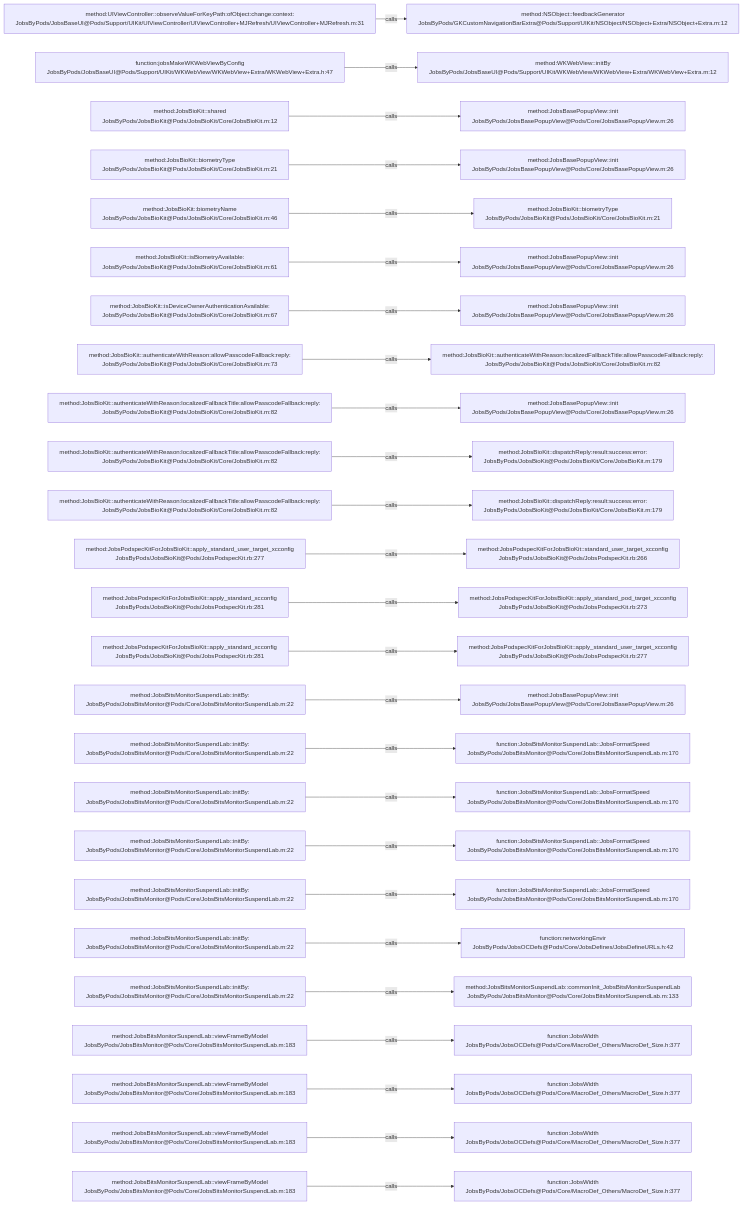
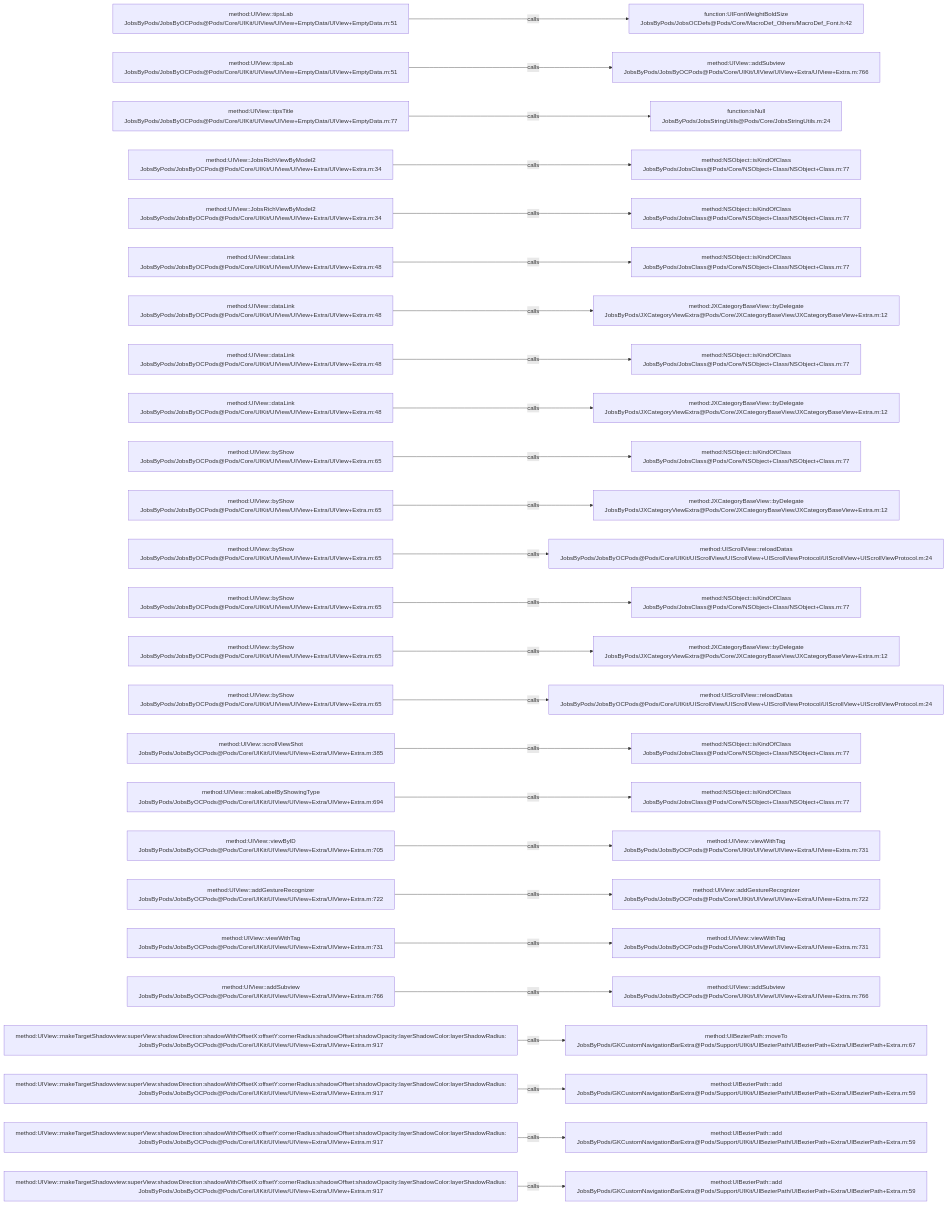
Before and after one commit to JobsKits/JobsOCBaseConfigDemo: the diagram in .codegraph/codegraph.md/graphs/calls-065.md, drawn with Mermaid. The commit also changed 1026 other files, not shown here.

````diff
--- a/.codegraph/codegraph.md/graphs/calls-065.md
+++ b/.codegraph/codegraph.md/graphs/calls-065.md
@@ -13,78 +13,78 @@
 ```mermaid
 flowchart LR
-  S1["method:UIViewController::observeValueForKeyPath:ofObject:change:context:<br/>JobsByPods/JobsBaseUI@Pods/Support/UIKit/UIViewController/UIViewController+MJRefresh/UIViewController+MJRefresh.m:31"]
-  T1["method:NSObject::feedbackGenerator<br/>JobsByPods/GKCustomNavigationBarExtra@Pods/Support/UIKit/NSObject/NSObject+Extra/NSObject+Extra.m:12"]
+  S1["method:UIView::tipsLab<br/>JobsByPods/JobsByOCPods@Pods/Core/UIKit/UIView/UIView+EmptyData/UIView+EmptyData.m:51"]
+  T1["function:UIFontWeightBoldSize<br/>JobsByPods/JobsOCDefs@Pods/Core/MacroDef_Others/MacroDef_Font.h:42"]
   S1 -->|calls| T1
-  S2["function:jobsMakeWKWebViewByConfig<br/>JobsByPods/JobsBaseUI@Pods/Support/UIKit/WKWebView/WKWebView+Extra/WKWebView+Extra.h:47"]
-  T2["method:WKWebView::initBy<br/>JobsByPods/JobsBaseUI@Pods/Support/UIKit/WKWebView/WKWebView+Extra/WKWebView+Extra.m:12"]
+  S2["method:UIView::tipsLab<br/>JobsByPods/JobsByOCPods@Pods/Core/UIKit/UIView/UIView+EmptyData/UIView+EmptyData.m:51"]
+  T2["method:UIView::addSubview<br/>JobsByPods/JobsByOCPods@Pods/Core/UIKit/UIView/UIView+Extra/UIView+Extra.m:766"]
   S2 -->|calls| T2
-  S3["method:JobsBioKit::shared<br/>JobsByPods/JobsBioKit@Pods/JobsBioKit/Core/JobsBioKit.m:12"]
-  T3["method:JobsBasePopupView::init<br/>JobsByPods/JobsBasePopupView@Pods/Core/JobsBasePopupView.m:26"]
+  S3["method:UIView::tipsTitle<br/>JobsByPods/JobsByOCPods@Pods/Core/UIKit/UIView/UIView+EmptyData/UIView+EmptyData.m:77"]
+  T3["function:isNull<br/>JobsByPods/JobsStringUtils@Pods/Core/JobsStringUtils.m:24"]
   S3 -->|calls| T3
-  S4["method:JobsBioKit::biometryType<br/>JobsByPods/JobsBioKit@Pods/JobsBioKit/Core/JobsBioKit.m:21"]
-  T4["method:JobsBasePopupView::init<br/>JobsByPods/JobsBasePopupView@Pods/Core/JobsBasePopupView.m:26"]
+  S4["method:UIView::JobsRichViewByModel2<br/>JobsByPods/JobsByOCPods@Pods/Core/UIKit/UIView/UIView+Extra/UIView+Extra.m:34"]
+  T4["method:NSObject::isKindOfClass<br/>JobsByPods/JobsClass@Pods/Core/NSObject+Class/NSObject+Class.m:77"]
   S4 -->|calls| T4
-  S5["method:JobsBioKit::biometryName<br/>JobsByPods/JobsBioKit@Pods/JobsBioKit/Core/JobsBioKit.m:46"]
-  T5["method:JobsBioKit::biometryType<br/>JobsByPods/JobsBioKit@Pods/JobsBioKit/Core/JobsBioKit.m:21"]
+  S5["method:UIView::JobsRichViewByModel2<br/>JobsByPods/JobsByOCPods@Pods/Core/UIKit/UIView/UIView+Extra/UIView+Extra.m:34"]
+  T5["method:NSObject::isKindOfClass<br/>JobsByPods/JobsClass@Pods/Core/NSObject+Class/NSObject+Class.m:77"]
   S5 -->|calls| T5
-  S6["method:JobsBioKit::isBiometryAvailable:<br/>JobsByPods/JobsBioKit@Pods/JobsBioKit/Core/JobsBioKit.m:61"]
-  T6["method:JobsBasePopupView::init<br/>JobsByPods/JobsBasePopupView@Pods/Core/JobsBasePopupView.m:26"]
+  S6["method:UIView::dataLink<br/>JobsByPods/JobsByOCPods@Pods/Core/UIKit/UIView/UIView+Extra/UIView+Extra.m:48"]
+  T6["method:NSObject::isKindOfClass<br/>JobsByPods/JobsClass@Pods/Core/NSObject+Class/NSObject+Class.m:77"]
   S6 -->|calls| T6
-  S7["method:JobsBioKit::isDeviceOwnerAuthenticationAvailable:<br/>JobsByPods/JobsBioKit@Pods/JobsBioKit/Core/JobsBioKit.m:67"]
-  T7["method:JobsBasePopupView::init<br/>JobsByPods/JobsBasePopupView@Pods/Core/JobsBasePopupView.m:26"]
+  S7["method:UIView::dataLink<br/>JobsByPods/JobsByOCPods@Pods/Core/UIKit/UIView/UIView+Extra/UIView+Extra.m:48"]
+  T7["method:JXCategoryBaseView::byDelegate<br/>JobsByPods/JXCategoryViewExtra@Pods/Core/JXCategoryBaseView/JXCategoryBaseView+Extra.m:12"]
   S7 -->|calls| T7
-  S8["method:JobsBioKit::authenticateWithReason:allowPasscodeFallback:reply:<br/>JobsByPods/JobsBioKit@Pods/JobsBioKit/Core/JobsBioKit.m:73"]
-  T8["method:JobsBioKit::authenticateWithReason:localizedFallbackTitle:allowPasscodeFallback:reply:<br/>JobsByPods/JobsBioKit@Pods/JobsBioKit/Core/JobsBioKit.m:82"]
+  S8["method:UIView::dataLink<br/>JobsByPods/JobsByOCPods@Pods/Core/UIKit/UIView/UIView+Extra/UIView+Extra.m:48"]
+  T8["method:NSObject::isKindOfClass<br/>JobsByPods/JobsClass@Pods/Core/NSObject+Class/NSObject+Class.m:77"]
   S8 -->|calls| T8
-  S9["method:JobsBioKit::authenticateWithReason:localizedFallbackTitle:allowPasscodeFallback:reply:<br/>JobsByPods/JobsBioKit@Pods/JobsBioKit/Core/JobsBioKit.m:82"]
-  T9["method:JobsBasePopupView::init<br/>JobsByPods/JobsBasePopupView@Pods/Core/JobsBasePopupView.m:26"]
+  S9["method:UIView::dataLink<br/>JobsByPods/JobsByOCPods@Pods/Core/UIKit/UIView/UIView+Extra/UIView+Extra.m:48"]
+  T9["method:JXCategoryBaseView::byDelegate<br/>JobsByPods/JXCategoryViewExtra@Pods/Core/JXCategoryBaseView/JXCategoryBaseView+Extra.m:12"]
   S9 -->|calls| T9
-  S10["method:JobsBioKit::authenticateWithReason:localizedFallbackTitle:allowPasscodeFallback:reply:<br/>JobsByPods/JobsBioKit@Pods/JobsBioKit/Core/JobsBioKit.m:82"]
-  T10["method:JobsBioKit::dispatchReply:result:success:error:<br/>JobsByPods/JobsBioKit@Pods/JobsBioKit/Core/JobsBioKit.m:179"]
+  S10["method:UIView::byShow<br/>JobsByPods/JobsByOCPods@Pods/Core/UIKit/UIView/UIView+Extra/UIView+Extra.m:65"]
+  T10["method:NSObject::isKindOfClass<br/>JobsByPods/JobsClass@Pods/Core/NSObject+Class/NSObject+Class.m:77"]
   S10 -->|calls| T10
-  S11["method:JobsBioKit::authenticateWithReason:localizedFallbackTitle:allowPasscodeFallback:reply:<br/>JobsByPods/JobsBioKit@Pods/JobsBioKit/Core/JobsBioKit.m:82"]
-  T11["method:JobsBioKit::dispatchReply:result:success:error:<br/>JobsByPods/JobsBioKit@Pods/JobsBioKit/Core/JobsBioKit.m:179"]
+  S11["method:UIView::byShow<br/>JobsByPods/JobsByOCPods@Pods/Core/UIKit/UIView/UIView+Extra/UIView+Extra.m:65"]
+  T11["method:JXCategoryBaseView::byDelegate<br/>JobsByPods/JXCategoryViewExtra@Pods/Core/JXCategoryBaseView/JXCategoryBaseView+Extra.m:12"]
   S11 -->|calls| T11
-  S12["method:JobsPodspecKitForJobsBioKit::apply_standard_user_target_xcconfig<br/>JobsByPods/JobsBioKit@Pods/JobsPodspecKit.rb:277"]
-  T12["method:JobsPodspecKitForJobsBioKit::standard_user_target_xcconfig<br/>JobsByPods/JobsBioKit@Pods/JobsPodspecKit.rb:266"]
+  S12["method:UIView::byShow<br/>JobsByPods/JobsByOCPods@Pods/Core/UIKit/UIView/UIView+Extra/UIView+Extra.m:65"]
+  T12["method:UIScrollView::reloadDatas<br/>JobsByPods/JobsByOCPods@Pods/Core/UIKit/UIScrollView/UIScrollView+UIScrollViewProtocol/UIScrollView+UIScrollViewProtocol.m:24"]
   S12 -->|calls| T12
-  S13["method:JobsPodspecKitForJobsBioKit::apply_standard_xcconfig<br/>JobsByPods/JobsBioKit@Pods/JobsPodspecKit.rb:281"]
-  T13["method:JobsPodspecKitForJobsBioKit::apply_standard_pod_target_xcconfig<br/>JobsByPods/JobsBioKit@Pods/JobsPodspecKit.rb:273"]
+  S13["method:UIView::byShow<br/>JobsByPods/JobsByOCPods@Pods/Core/UIKit/UIView/UIView+Extra/UIView+Extra.m:65"]
+  T13["method:NSObject::isKindOfClass<br/>JobsByPods/JobsClass@Pods/Core/NSObject+Class/NSObject+Class.m:77"]
   S13 -->|calls| T13
-  S14["method:JobsPodspecKitForJobsBioKit::apply_standard_xcconfig<br/>JobsByPods/JobsBioKit@Pods/JobsPodspecKit.rb:281"]
-  T14["method:JobsPodspecKitForJobsBioKit::apply_standard_user_target_xcconfig<br/>JobsByPods/JobsBioKit@Pods/JobsPodspecKit.rb:277"]
+  S14["method:UIView::byShow<br/>JobsByPods/JobsByOCPods@Pods/Core/UIKit/UIView/UIView+Extra/UIView+Extra.m:65"]
+  T14["method:JXCategoryBaseView::byDelegate<br/>JobsByPods/JXCategoryViewExtra@Pods/Core/JXCategoryBaseView/JXCategoryBaseView+Extra.m:12"]
   S14 -->|calls| T14
-  S15["method:JobsBitsMonitorSuspendLab::initBy:<br/>JobsByPods/JobsBitsMonitor@Pods/Core/JobsBitsMonitorSuspendLab.m:22"]
-  T15["method:JobsBasePopupView::init<br/>JobsByPods/JobsBasePopupView@Pods/Core/JobsBasePopupView.m:26"]
+  S15["method:UIView::byShow<br/>JobsByPods/JobsByOCPods@Pods/Core/UIKit/UIView/UIView+Extra/UIView+Extra.m:65"]
+  T15["method:UIScrollView::reloadDatas<br/>JobsByPods/JobsByOCPods@Pods/Core/UIKit/UIScrollView/UIScrollView+UIScrollViewProtocol/UIScrollView+UIScrollViewProtocol.m:24"]
   S15 -->|calls| T15
-  S16["method:JobsBitsMonitorSuspendLab::initBy:<br/>JobsByPods/JobsBitsMonitor@Pods/Core/JobsBitsMonitorSuspendLab.m:22"]
-  T16["function:JobsBitsMonitorSuspendLab::JobsFormatSpeed<br/>JobsByPods/JobsBitsMonitor@Pods/Core/JobsBitsMonitorSuspendLab.m:170"]
+  S16["method:UIView::scrollViewShot<br/>JobsByPods/JobsByOCPods@Pods/Core/UIKit/UIView/UIView+Extra/UIView+Extra.m:385"]
+  T16["method:NSObject::isKindOfClass<br/>JobsByPods/JobsClass@Pods/Core/NSObject+Class/NSObject+Class.m:77"]
   S16 -->|calls| T16
-  S17["method:JobsBitsMonitorSuspendLab::initBy:<br/>JobsByPods/JobsBitsMonitor@Pods/Core/JobsBitsMonitorSuspendLab.m:22"]
-  T17["function:JobsBitsMonitorSuspendLab::JobsFormatSpeed<br/>JobsByPods/JobsBitsMonitor@Pods/Core/JobsBitsMonitorSuspendLab.m:170"]
+  S17["method:UIView::makeLabelByShowingType<br/>JobsByPods/JobsByOCPods@Pods/Core/UIKit/UIView/UIView+Extra/UIView+Extra.m:694"]
+  T17["method:NSObject::isKindOfClass<br/>JobsByPods/JobsClass@Pods/Core/NSObject+Class/NSObject+Class.m:77"]
   S17 -->|calls| T17
-  S18["method:JobsBitsMonitorSuspendLab::initBy:<br/>JobsByPods/JobsBitsMonitor@Pods/Core/JobsBitsMonitorSuspendLab.m:22"]
-  T18["function:JobsBitsMonitorSuspendLab::JobsFormatSpeed<br/>JobsByPods/JobsBitsMonitor@Pods/Core/JobsBitsMonitorSuspendLab.m:170"]
+  S18["method:UIView::viewByID<br/>JobsByPods/JobsByOCPods@Pods/Core/UIKit/UIView/UIView+Extra/UIView+Extra.m:705"]
+  T18["method:UIView::viewWithTag<br/>JobsByPods/JobsByOCPods@Pods/Core/UIKit/UIView/UIView+Extra/UIView+Extra.m:731"]
   S18 -->|calls| T18
-  S19["method:JobsBitsMonitorSuspendLab::initBy:<br/>JobsByPods/JobsBitsMonitor@Pods/Core/JobsBitsMonitorSuspendLab.m:22"]
-  T19["function:JobsBitsMonitorSuspendLab::JobsFormatSpeed<br/>JobsByPods/JobsBitsMonitor@Pods/Core/JobsBitsMonitorSuspendLab.m:170"]
+  S19["method:UIView::addGestureRecognizer<br/>JobsByPods/JobsByOCPods@Pods/Core/UIKit/UIView/UIView+Extra/UIView+Extra.m:722"]
+  T19["method:UIView::addGestureRecognizer<br/>JobsByPods/JobsByOCPods@Pods/Core/UIKit/UIView/UIView+Extra/UIView+Extra.m:722"]
   S19 -->|calls| T19
-  S20["method:JobsBitsMonitorSuspendLab::initBy:<br/>JobsByPods/JobsBitsMonitor@Pods/Core/JobsBitsMonitorSuspendLab.m:22"]
-  T20["function:networkingEnvir<br/>JobsByPods/JobsOCDefs@Pods/Core/JobsDefines/JobsDefineURLs.h:42"]
+  S20["method:UIView::viewWithTag<br/>JobsByPods/JobsByOCPods@Pods/Core/UIKit/UIView/UIView+Extra/UIView+Extra.m:731"]
+  T20["method:UIView::viewWithTag<br/>JobsByPods/JobsByOCPods@Pods/Core/UIKit/UIView/UIView+Extra/UIView+Extra.m:731"]
   S20 -->|calls| T20
-  S21["method:JobsBitsMonitorSuspendLab::initBy:<br/>JobsByPods/JobsBitsMonitor@Pods/Core/JobsBitsMonitorSuspendLab.m:22"]
-  T21["method:JobsBitsMonitorSuspendLab::commonInit_JobsBitsMonitorSuspendLab<br/>JobsByPods/JobsBitsMonitor@Pods/Core/JobsBitsMonitorSuspendLab.m:133"]
+  S21["method:UIView::addSubview<br/>JobsByPods/JobsByOCPods@Pods/Core/UIKit/UIView/UIView+Extra/UIView+Extra.m:766"]
+  T21["method:UIView::addSubview<br/>JobsByPods/JobsByOCPods@Pods/Core/UIKit/UIView/UIView+Extra/UIView+Extra.m:766"]
   S21 -->|calls| T21
-  S22["method:JobsBitsMonitorSuspendLab::viewFrameByModel<br/>JobsByPods/JobsBitsMonitor@Pods/Core/JobsBitsMonitorSuspendLab.m:183"]
-  T22["function:JobsWidth<br/>JobsByPods/JobsOCDefs@Pods/Core/MacroDef_Others/MacroDef_Size.h:377"]
+  S22["method:UIView::makeTargetShadowview:superView:shadowDirection:shadowWithOffsetX:offsetY:cornerRadius:shadowOffset:shadowOpacity:layerShadowColor:layerShadowRadius:<br/>JobsByPods/JobsByOCPods@Pods/Core/UIKit/UIView/UIView+Extra/UIView+Extra.m:917"]
+  T22["method:UIBezierPath::moveTo<br/>JobsByPods/GKCustomNavigationBarExtra@Pods/Support/UIKit/UIBezierPath/UIBezierPath+Extra/UIBezierPath+Extra.m:67"]
   S22 -->|calls| T22
-  S23["method:JobsBitsMonitorSuspendLab::viewFrameByModel<br/>JobsByPods/JobsBitsMonitor@Pods/Core/JobsBitsMonitorSuspendLab.m:183"]
-  T23["function:JobsWidth<br/>JobsByPods/JobsOCDefs@Pods/Core/MacroDef_Others/MacroDef_Size.h:377"]
+  S23["method:UIView::makeTargetShadowview:superView:shadowDirection:shadowWithOffsetX:offsetY:cornerRadius:shadowOffset:shadowOpacity:layerShadowColor:layerShadowRadius:<br/>JobsByPods/JobsByOCPods@Pods/Core/UIKit/UIView/UIView+Extra/UIView+Extra.m:917"]
+  T23["method:UIBezierPath::add<br/>JobsByPods/GKCustomNavigationBarExtra@Pods/Support/UIKit/UIBezierPath/UIBezierPath+Extra/UIBezierPath+Extra.m:59"]
   S23 -->|calls| T23
-  S24["method:JobsBitsMonitorSuspendLab::viewFrameByModel<br/>JobsByPods/JobsBitsMonitor@Pods/Core/JobsBitsMonitorSuspendLab.m:183"]
-  T24["function:JobsWidth<br/>JobsByPods/JobsOCDefs@Pods/Core/MacroDef_Others/MacroDef_Size.h:377"]
+  S24["method:UIView::makeTargetShadowview:superView:shadowDirection:shadowWithOffsetX:offsetY:cornerRadius:shadowOffset:shadowOpacity:layerShadowColor:layerShadowRadius:<br/>JobsByPods/JobsByOCPods@Pods/Core/UIKit/UIView/UIView+Extra/UIView+Extra.m:917"]
+  T24["method:UIBezierPath::add<br/>JobsByPods/GKCustomNavigationBarExtra@Pods/Support/UIKit/UIBezierPath/UIBezierPath+Extra/UIBezierPath+Extra.m:59"]
   S24 -->|calls| T24
-  S25["method:JobsBitsMonitorSuspendLab::viewFrameByModel<br/>JobsByPods/JobsBitsMonitor@Pods/Core/JobsBitsMonitorSuspendLab.m:183"]
-  T25["function:JobsWidth<br/>JobsByPods/JobsOCDefs@Pods/Core/MacroDef_Others/MacroDef_Size.h:377"]
+  S25["method:UIView::makeTargetShadowview:superView:shadowDirection:shadowWithOffsetX:offsetY:cornerRadius:shadowOffset:shadowOpacity:layerShadowColor:layerShadowRadius:<br/>JobsByPods/JobsByOCPods@Pods/Core/UIKit/UIView/UIView+Extra/UIView+Extra.m:917"]
+  T25["method:UIBezierPath::add<br/>JobsByPods/GKCustomNavigationBarExtra@Pods/Support/UIKit/UIBezierPath/UIBezierPath+Extra/UIBezierPath+Extra.m:59"]
   S25 -->|calls| T25
 ```
````
